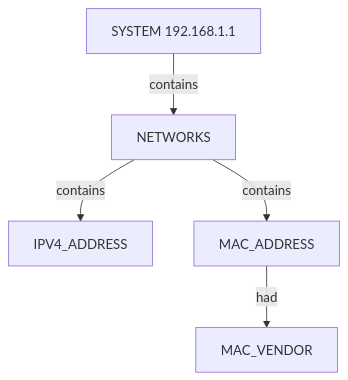
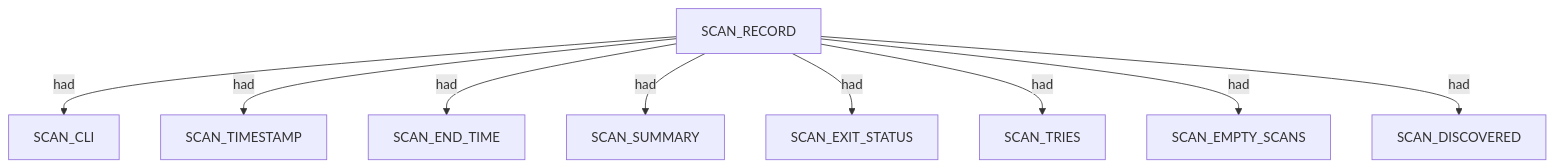
Before and after one commit to brettforbes/spiderfeet: the first of 3 diagrams in .docs/docs-for-cli-tools/nugget_structure/netdiscover_passive_snippet_text_proposed_nuggets_edges_description.md, drawn with Mermaid. The commit also changed other lines of this file and 31 other files, not shown here.

````diff
--- a/.docs/docs-for-cli-tools/nugget_structure/netdiscover_passive_snippet_text_proposed_nuggets_edges_description.md
+++ b/.docs/docs-for-cli-tools/nugget_structure/netdiscover_passive_snippet_text_proposed_nuggets_edges_description.md
@@ -59,12 +13,20 @@
 ```mermaid
 flowchart TD
-  system["SYSTEM 192.168.1.1"]
-  nets["NETWORKS"]
-  system -->|contains| nets
-  ip["IPV4_ADDRESS"]
-  nets -->|contains| ip
-  mac["MAC_ADDRESS"]
-  nets -->|contains| mac
-  vendor["MAC_VENDOR"]
-  mac -->|had| vendor
+  scan_record_1["SCAN_RECORD"]
+  scan_cli_2["SCAN_CLI"]
+  scan_record_1 -->|had| scan_cli_2
+  scan_timestamp_3["SCAN_TIMESTAMP"]
+  scan_record_1 -->|had| scan_timestamp_3
+  scan_end_time_4["SCAN_END_TIME"]
+  scan_record_1 -->|had| scan_end_time_4
+  scan_summary_5["SCAN_SUMMARY"]
+  scan_record_1 -->|had| scan_summary_5
+  scan_exit_status_6["SCAN_EXIT_STATUS"]
+  scan_record_1 -->|had| scan_exit_status_6
+  scan_tries_7["SCAN_TRIES"]
+  scan_record_1 -->|had| scan_tries_7
+  scan_empty_scans_8["SCAN_EMPTY_SCANS"]
+  scan_record_1 -->|had| scan_empty_scans_8
+  scan_discovered_9["SCAN_DISCOVERED"]
+  scan_record_1 -->|had| scan_discovered_9
 ```
````
